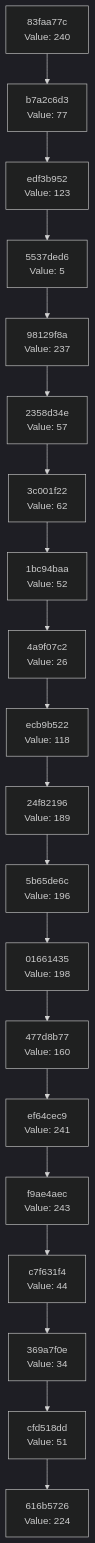
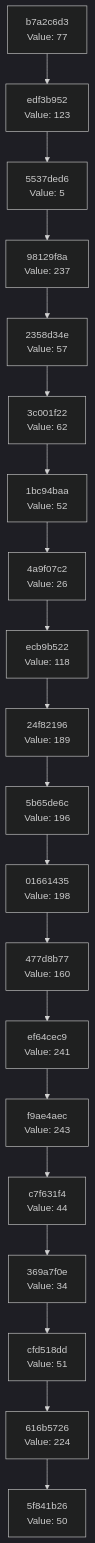
Before and after one commit to Abhisheksinha1506/hash-chain-evolver: the diagram in docs/CHAIN_VISUALIZATION.md, drawn with Mermaid (dark theme). The commit also changed 2 other files, not shown here.

Commit message:
Evolution step: hash 0x32 → action executed

````diff
--- a/docs/CHAIN_VISUALIZATION.md
+++ b/docs/CHAIN_VISUALIZATION.md
@@ -3,42 +3,42 @@
 ```mermaid
 graph TD
-    C0["616b5726<br/>Value: 224"]
-    C1["cfd518dd<br/>Value: 51"]
+    C0["5f841b26<br/>Value: 50"]
+    C1["616b5726<br/>Value: 224"]
     C1 --> C0
-    C2["369a7f0e<br/>Value: 34"]
+    C2["cfd518dd<br/>Value: 51"]
     C2 --> C1
-    C3["c7f631f4<br/>Value: 44"]
+    C3["369a7f0e<br/>Value: 34"]
     C3 --> C2
-    C4["f9ae4aec<br/>Value: 243"]
+    C4["c7f631f4<br/>Value: 44"]
     C4 --> C3
-    C5["ef64cec9<br/>Value: 241"]
+    C5["f9ae4aec<br/>Value: 243"]
     C5 --> C4
-    C6["477d8b77<br/>Value: 160"]
+    C6["ef64cec9<br/>Value: 241"]
     C6 --> C5
-    C7["01661435<br/>Value: 198"]
+    C7["477d8b77<br/>Value: 160"]
     C7 --> C6
-    C8["5b65de6c<br/>Value: 196"]
+    C8["01661435<br/>Value: 198"]
     C8 --> C7
-    C9["24f82196<br/>Value: 189"]
+    C9["5b65de6c<br/>Value: 196"]
     C9 --> C8
-    C10["ecb9b522<br/>Value: 118"]
+    C10["24f82196<br/>Value: 189"]
     C10 --> C9
-    C11["4a9f07c2<br/>Value: 26"]
+    C11["ecb9b522<br/>Value: 118"]
     C11 --> C10
-    C12["1bc94baa<br/>Value: 52"]
+    C12["4a9f07c2<br/>Value: 26"]
     C12 --> C11
-    C13["3c001f22<br/>Value: 62"]
+    C13["1bc94baa<br/>Value: 52"]
     C13 --> C12
-    C14["2358d34e<br/>Value: 57"]
+    C14["3c001f22<br/>Value: 62"]
     C14 --> C13
-    C15["98129f8a<br/>Value: 237"]
+    C15["2358d34e<br/>Value: 57"]
     C15 --> C14
-    C16["5537ded6<br/>Value: 5"]
+    C16["98129f8a<br/>Value: 237"]
     C16 --> C15
-    C17["edf3b952<br/>Value: 123"]
+    C17["5537ded6<br/>Value: 5"]
     C17 --> C16
-    C18["b7a2c6d3<br/>Value: 77"]
+    C18["edf3b952<br/>Value: 123"]
     C18 --> C17
-    C19["83faa77c<br/>Value: 240"]
+    C19["b7a2c6d3<br/>Value: 77"]
     C19 --> C18
 ```
````
